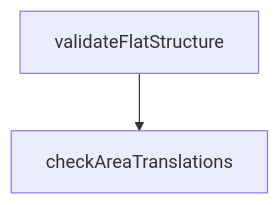
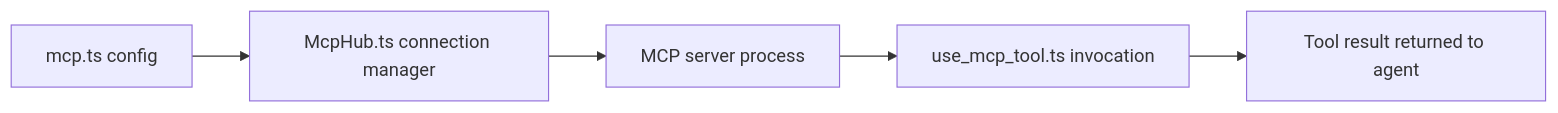
One commit to johnxie/awesome-code-docs changed the second of 2 diagrams in tutorials/roo-code-tutorial/06-mcp-and-tool-extensions.md. Above: the diagram before and after it, drawn with Mermaid. The commit also changed other lines of this file and 1232 other files, not shown here.

````diff
--- a/tutorials/roo-code-tutorial/06-mcp-and-tool-extensions.md
+++ b/tutorials/roo-code-tutorial/06-mcp-and-tool-extensions.md
@@ -178,6 +103,7 @@
 ```mermaid
-flowchart TD
-    A[validateFlatStructure]
-    B[checkAreaTranslations]
-    A --> B
+flowchart LR
+    A[mcp.ts config] --> B[McpHub.ts connection manager]
+    B --> C[MCP server process]
+    C --> D[use_mcp_tool.ts invocation]
+    D --> E[Tool result returned to agent]
 ```
````
